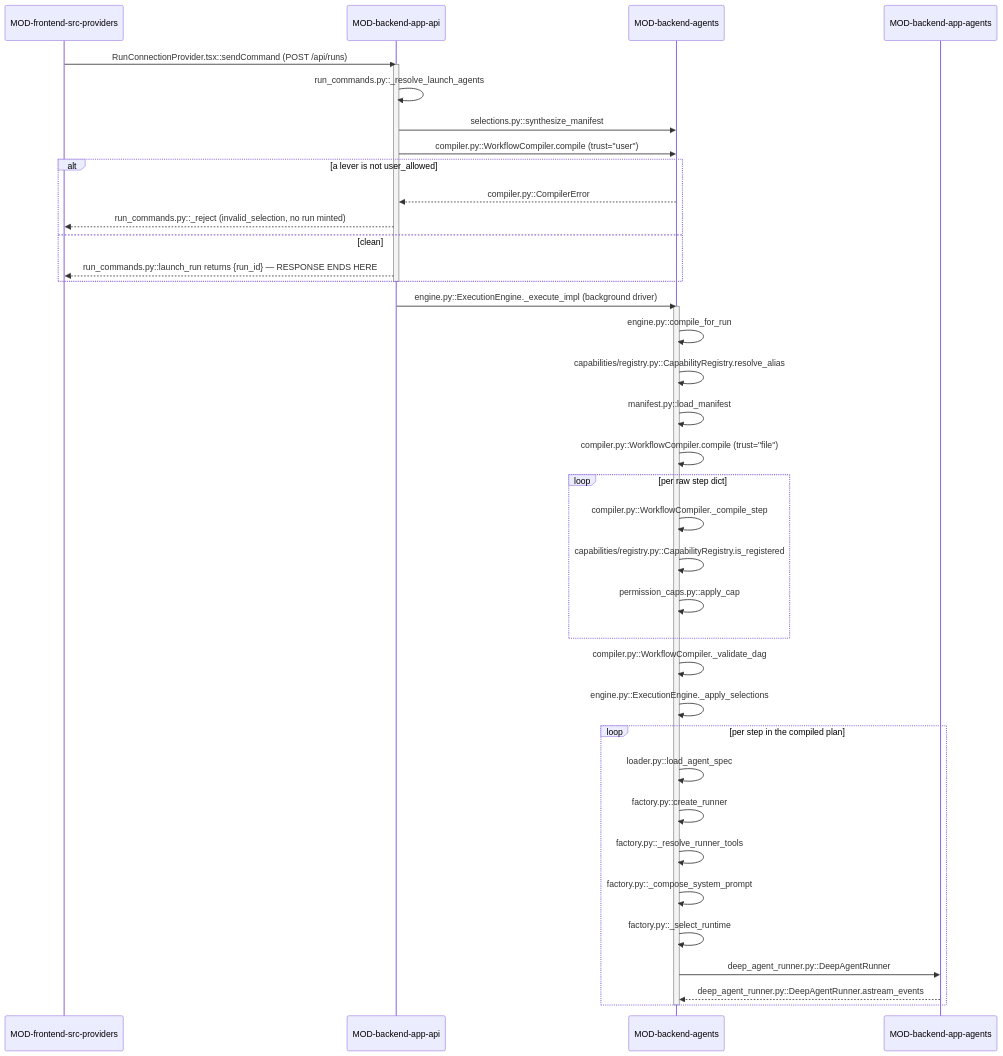
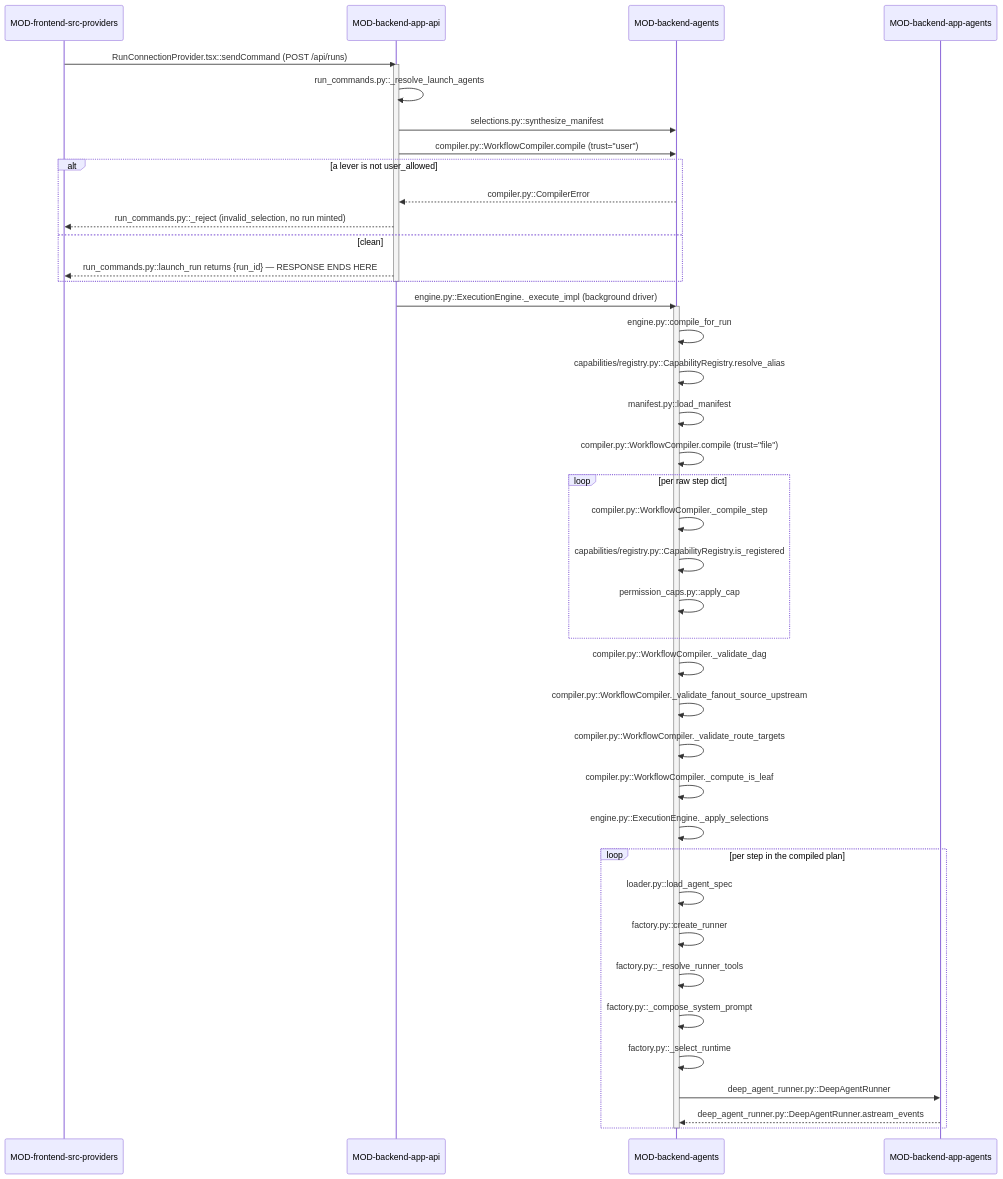
The second of 2 diagrams in .knowledge/architecture/DOMAIN-workflow-compilation.md (prateek-sinha7/IdeaFlowAI), drawn with Mermaid before and after one commit. The commit also changed other lines of this file and 93 other files, not shown here.

````diff
--- a/.knowledge/architecture/DOMAIN-workflow-compilation.md
+++ b/.knowledge/architecture/DOMAIN-workflow-compilation.md
@@ -175,45 +186,48 @@
 ```mermaid
 sequenceDiagram
     participant MOD-frontend-src-providers
     participant MOD-backend-app-api
     participant MOD-backend-agents
     participant MOD-backend-app-agents
 
     MOD-frontend-src-providers->>MOD-backend-app-api: RunConnectionProvider.tsx::sendCommand (POST /api/runs)
     activate MOD-backend-app-api
     MOD-backend-app-api->>MOD-backend-app-api: run_commands.py::_resolve_launch_agents
     MOD-backend-app-api->>MOD-backend-agents: selections.py::synthesize_manifest
     MOD-backend-app-api->>MOD-backend-agents: compiler.py::WorkflowCompiler.compile (trust="user")
     alt a lever is not user_allowed
         MOD-backend-agents-->>MOD-backend-app-api: compiler.py::CompilerError
         MOD-backend-app-api-->>MOD-frontend-src-providers: run_commands.py::_reject (invalid_selection, no run minted)
     else clean
         MOD-backend-app-api-->>MOD-frontend-src-providers: run_commands.py::launch_run returns {run_id} — RESPONSE ENDS HERE
     end
     deactivate MOD-backend-app-api
 
     MOD-backend-app-api->>MOD-backend-agents: engine.py::ExecutionEngine._execute_impl (background driver)
     activate MOD-backend-agents
     MOD-backend-agents->>MOD-backend-agents: engine.py::compile_for_run
     MOD-backend-agents->>MOD-backend-agents: capabilities/registry.py::CapabilityRegistry.resolve_alias
     MOD-backend-agents->>MOD-backend-agents: manifest.py::load_manifest
     MOD-backend-agents->>MOD-backend-agents: compiler.py::WorkflowCompiler.compile (trust="file")
     loop per raw step dict
         MOD-backend-agents->>MOD-backend-agents: compiler.py::WorkflowCompiler._compile_step
         MOD-backend-agents->>MOD-backend-agents: capabilities/registry.py::CapabilityRegistry.is_registered
         MOD-backend-agents->>MOD-backend-agents: permission_caps.py::apply_cap
     end
     MOD-backend-agents->>MOD-backend-agents: compiler.py::WorkflowCompiler._validate_dag
+    MOD-backend-agents->>MOD-backend-agents: compiler.py::WorkflowCompiler._validate_fanout_source_upstream
+    MOD-backend-agents->>MOD-backend-agents: compiler.py::WorkflowCompiler._validate_route_targets
+    MOD-backend-agents->>MOD-backend-agents: compiler.py::WorkflowCompiler._compute_is_leaf
     MOD-backend-agents->>MOD-backend-agents: engine.py::ExecutionEngine._apply_selections
 
     loop per step in the compiled plan
         MOD-backend-agents->>MOD-backend-agents: loader.py::load_agent_spec
         MOD-backend-agents->>MOD-backend-agents: factory.py::create_runner
         MOD-backend-agents->>MOD-backend-agents: factory.py::_resolve_runner_tools
         MOD-backend-agents->>MOD-backend-agents: factory.py::_compose_system_prompt
         MOD-backend-agents->>MOD-backend-agents: factory.py::_select_runtime
         MOD-backend-agents->>MOD-backend-app-agents: deep_agent_runner.py::DeepAgentRunner
         MOD-backend-app-agents-->>MOD-backend-agents: deep_agent_runner.py::DeepAgentRunner.astream_events
     end
     deactivate MOD-backend-agents
 ```
````
